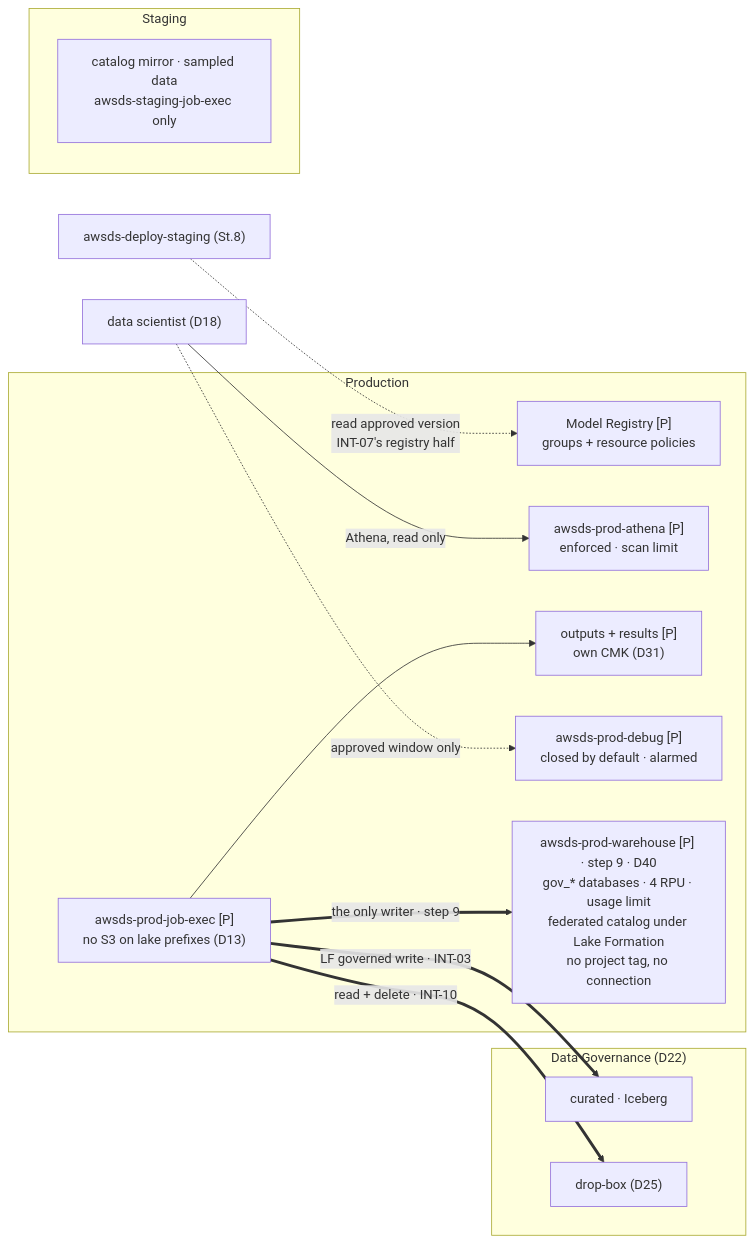
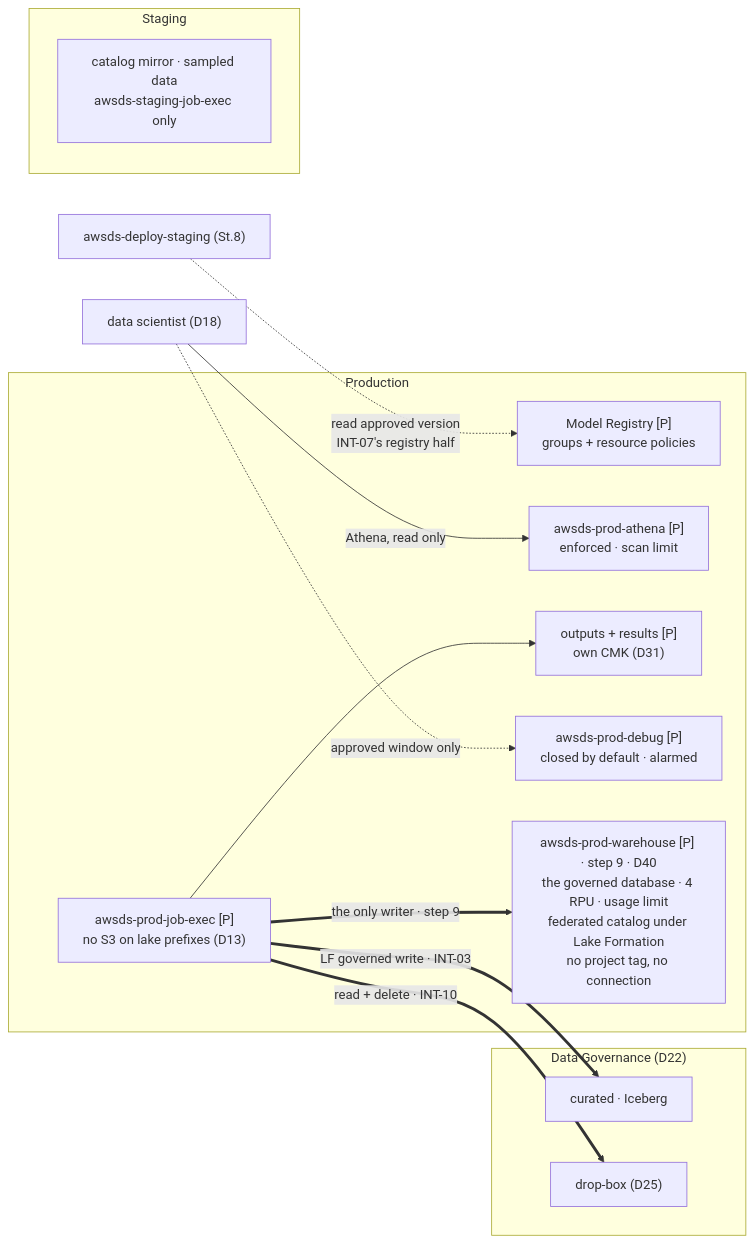
Before and after one commit to felipenoris/AWS-DataScience: the diagram in docs/plan/stages/stage-09-deployment-targets.md, drawn with Mermaid. The commit also changed other lines of this file and 14 other files, not shown here.

````diff
--- a/docs/plan/stages/stage-09-deployment-targets.md
+++ b/docs/plan/stages/stage-09-deployment-targets.md
@@ -45,25 +45,25 @@
 ```mermaid
 flowchart LR
     subgraph DG["Data Governance (D22)"]
         LAKE["curated · Iceberg"]
         BOX["drop-box (D25)"]
     end
     subgraph PRD["Production"]
         JOB["awsds-prod-job-exec [P]<br/>no S3 on lake prefixes (D13)"]
         REG["Model Registry [P]<br/>groups + resource policies"]
         WG["awsds-prod-athena [P]<br/>enforced · scan limit"]
         OUT["outputs + results [P]<br/>own CMK (D31)"]
         DBG["awsds-prod-debug [P]<br/>closed by default · alarmed"]
-        WH["awsds-prod-warehouse [P] · step 9 · D40<br/>gov_* databases · 4 RPU · usage limit<br/>federated catalog under Lake Formation<br/>no project tag, no connection"]
+        WH["awsds-prod-warehouse [P] · step 9 · D40<br/>the governed database · 4 RPU · usage limit<br/>federated catalog under Lake Formation<br/>no project tag, no connection"]
     end
     subgraph STG["Staging"]
         MIR["catalog mirror · sampled data<br/>awsds-staging-job-exec only"]
     end
     JOB ==>|"LF governed write · INT-03"| LAKE
     JOB ==>|"read + delete · INT-10"| BOX
     JOB --> OUT
     JOB ==>|"the only writer · step 9"| WH
     DS["data scientist (D18)"] -->|"Athena, read only"| WG
     DS -.->|"approved window only"| DBG
     SDR["awsds-deploy-staging (St.8)"] -.->|"read approved version<br/>INT-07's registry half"| REG
 ```
````
